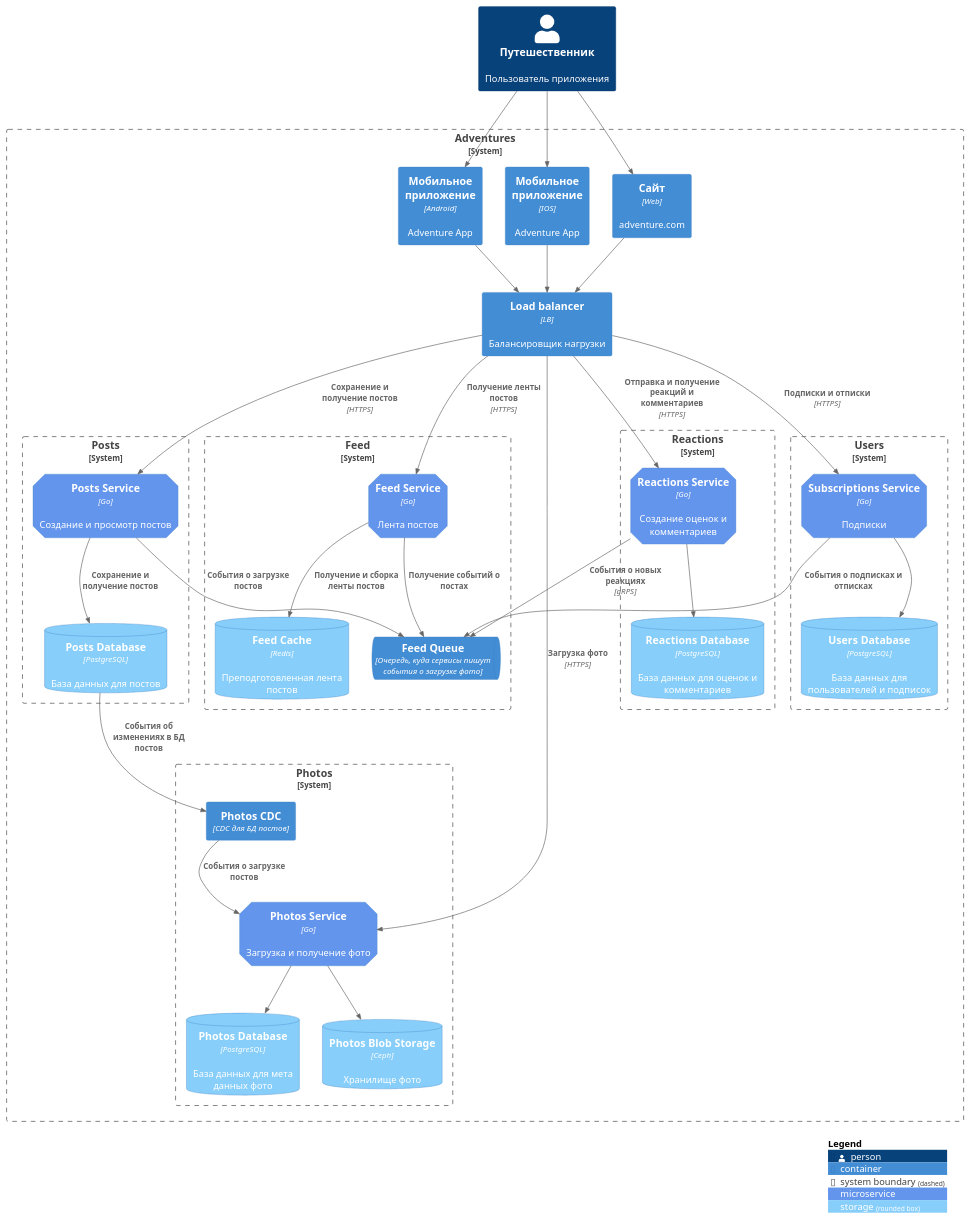
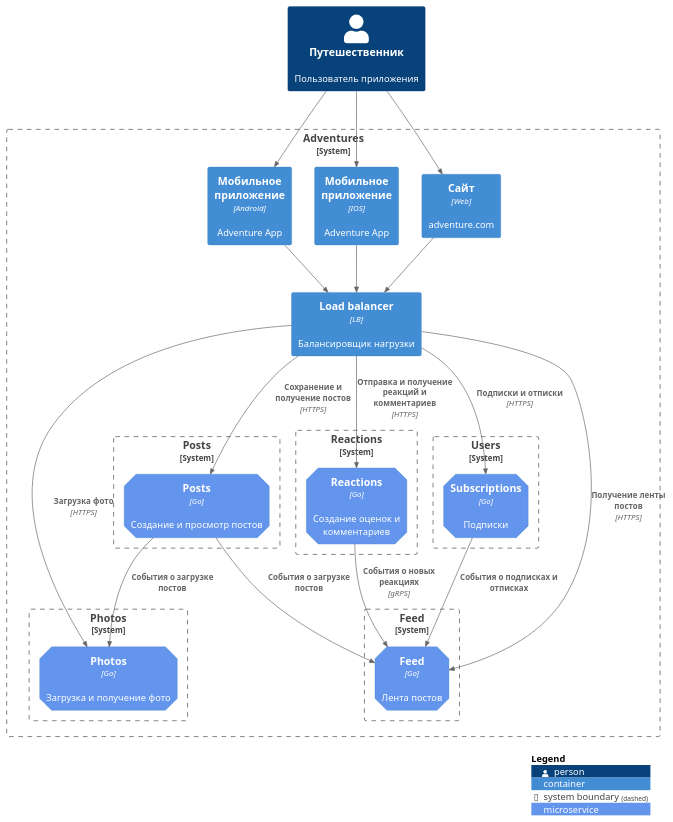
The diagram in architecture/containers.md (elizavetamikhailova/social_network_system_design), drawn with PlantUML before and after one commit.

```diff
--- a/architecture/containers.md
+++ b/architecture/containers.md
@@ -1,79 +1,62 @@
 @startuml
 !include https://raw.githubusercontent.com/plantuml-stdlib/C4-PlantUML/master/C4_Container.puml
 
 AddElementTag("microService", $shape=EightSidedShape(), $bgColor="CornflowerBlue", $fontColor="white", $legendText="microservice")
 AddElementTag("storage", $shape=RoundedBoxShape(), $bgColor="lightSkyBlue", $fontColor="white")
 
 Person(user, "Путешественник", "Пользователь приложения")
 
 System_Boundary(a, "Adventures") {
    Container(app_android, "Мобильное приложение", "Android", "Adventure App")
    Container(app_ios, "Мобильное приложение", "IOS", "Adventure App")
    Container(web, "Сайт", "Web", "adventure.com")
    Container(load_balancer, "Load balancer", "LB", "Балансировщик нагрузки")
 
 System_Boundary(ps, "Posts") {
-   Container(posts, "Posts Service", "Go", "Создание и просмотр постов", $tags = "microService")      
-   ContainerDb(posts_db, "Posts Database", "PostgreSQL", "База данных для постов", $tags = "storage")
+   Container(posts, "Posts", "Go", "Создание и просмотр постов", $tags = "microService")      
 }
 
 System_Boundary(f, "Feed") {
-   Container(feed, "Feed Service", "Go", "Лента постов", $tags = "microService")
-   ContainerDb(feed_cache, "Feed Cache", "Redis", "Преподготовленная лента постов", $tags = "storage")
-   ContainerQueue(feed_queue, "Feed Queue", "Очередь, куда сервисы пишут события о загрузке фото") 
+   Container(feed, "Feed", "Go", "Лента постов", $tags = "microService")
 }          
 
 System_Boundary(p, "Photos") {
-   Container(photos, "Photos Service", "Go", "Загрузка и получение фото", $tags = "microService") 
-   ContainerDb(photos_db, "Photos Database", "PostgreSQL", "База данных для мета данных фото", $tags = "storage")
-   ContainerDb(photos_storage, "Photos Blob Storage", "Ceph", "Хранилище фото", $tags = "storage")
-   Container(posts_change_data_capture, "Photos CDC", "CDC для БД постов") 
+   Container(photos, "Photos", "Go", "Загрузка и получение фото", $tags = "microService") 
 }     
    
 System_Boundary(r, "Reactions") {
-   Container(reactions, "Reactions Service", "Go", "Создание оценок и комментариев", $tags = "microService")      
-   ContainerDb(reactions_db, "Reactions Database", "PostgreSQL", "База данных для оценок и комментариев", $tags = "storage") 
+   Container(reactions, "Reactions", "Go", "Создание оценок и комментариев", $tags = "microService")      
 }
 
 System_Boundary(u, "Users") {   
-   Container(subscriptions, "Subscriptions Service", "Go", "Подписки", $tags = "microService")      
-   ContainerDb(users_db, "Users Database", "PostgreSQL", "База данных для пользователей и подписок", $tags = "storage")
+   Container(subscriptions, "Subscriptions", "Go", "Подписки", $tags = "microService")      
 }
 }
 
 Rel(user, app_android, "", "")
 Rel(user, app_ios, "", "")
 Rel(user, web, "", "")
 
 Rel(app_android, load_balancer, "", "")
 Rel(app_ios, load_balancer, "", "")
 Rel(web, load_balancer, "", "")
 
 Rel(load_balancer, posts, "Сохранение и получение постов", "HTTPS")
-Rel(posts, posts_db, "Сохранение и получение постов", "")
 
 Rel(load_balancer, feed, "Получение ленты постов", "HTTPS")
-Rel(feed, feed_cache, "Получение и сборка ленты постов", "")
-Rel(feed, feed_queue, "Получение событий о постах", "")
-
 
 Rel(load_balancer, photos, "Загрузка фото", "HTTPS")
-Rel(photos, photos_db, "", "")
-Rel(photos, photos_storage, "", "")
-Rel(posts_change_data_capture, photos, "События о загрузке постов", "")
-Rel(posts_db, posts_change_data_capture, "События об изменениях в БД постов", "")
+Rel(posts, photos, "События о загрузке постов", "")
 
-Rel(posts, feed_queue, "События о загрузке постов", "")
-Rel(reactions, feed_queue, "События о новых реакциях", "gRPS")
-Rel(subscriptions, feed_queue, "События о подписках и отписках", "")
+Rel(posts, feed, "События о загрузке постов", "")
+Rel(reactions, feed, "События о новых реакциях", "gRPS")
+Rel(subscriptions, feed, "События о подписках и отписках", "")
 
 
 Rel(load_balancer, reactions, "Отправка и получение реакций и комментариев", "HTTPS")
-Rel(reactions, reactions_db, "", "")
 
 Rel(load_balancer, subscriptions, "Подписки и отписки", "HTTPS")
-Rel(subscriptions, users_db, "", "")
 
 
 SHOW_LEGEND()
 @enduml
```
